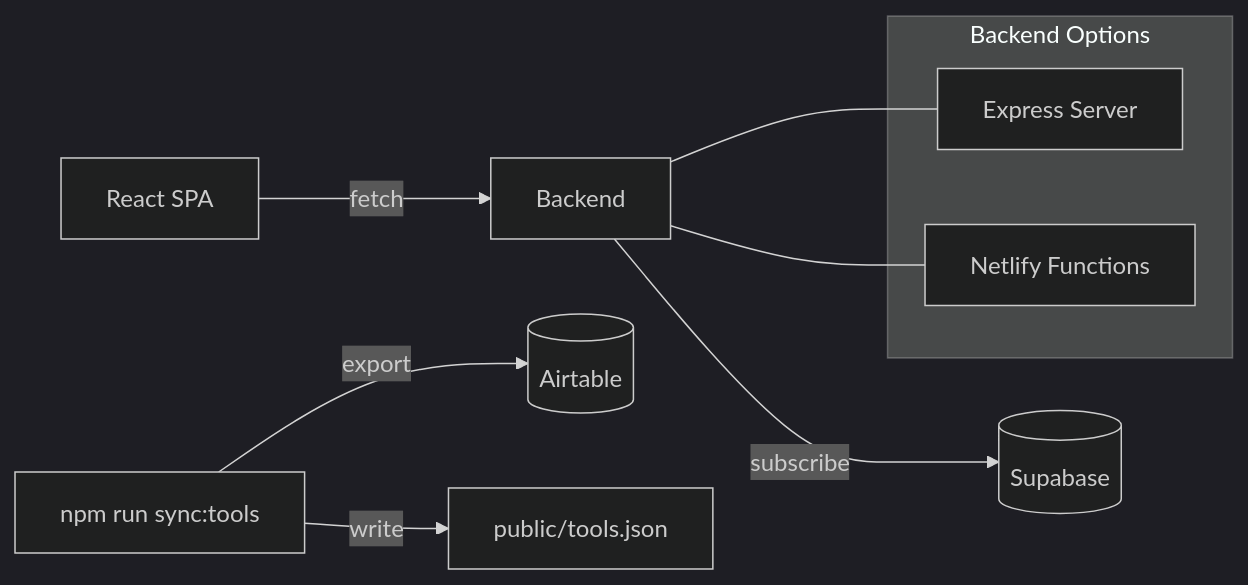
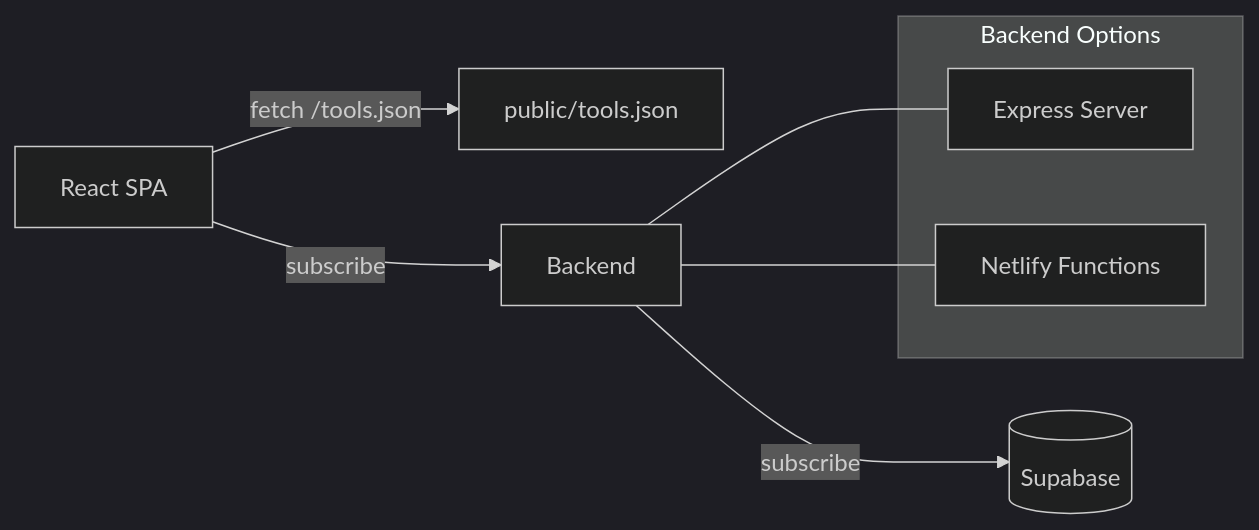
The diagram in droid-wiki/overview/architecture.md (R4FKEN/indiefast), drawn with Mermaid (dark theme) before and after one commit. The commit also changed other lines of this file and 25 other files, not shown here.

Commit message:
added admin mode instead of airtable fetch

````diff
--- a/droid-wiki/overview/architecture.md
+++ b/droid-wiki/overview/architecture.md
@@ -7,15 +7,14 @@
 ```mermaid
 graph LR
-    Browser[React SPA] -->|fetch| Backend
+    Browser[React SPA] -->|fetch /tools.json| Catalog[public/tools.json]
+    Browser -->|subscribe| Backend
     Backend -->|subscribe| Supabase[(Supabase)]
-    Sync[npm run sync:tools] -->|export| Airtable[(Airtable)]
-    Sync -->|write| Snapshot[public/tools.json]
-    
+
     subgraph Backend Options
         Express[Express Server]
         Netlify[Netlify Functions]
     end
-    
+
     Backend --- Express
     Backend --- Netlify
 ```
````
